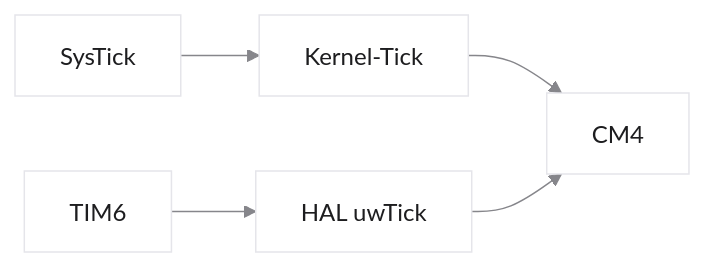
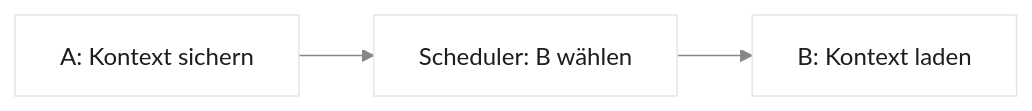
The fifth of 8 diagrams in vorlesungen/03_einfuehrung-rtos.qmd (dantschi/echtzeitsysteme), drawn with Mermaid before and after one commit. The commit also changed other lines of this file and 4 other files, not shown here.

````diff
--- a/vorlesungen/03_einfuehrung-rtos.qmd
+++ b/vorlesungen/03_einfuehrung-rtos.qmd
@@ -925,9 +515,6 @@
 ```{mermaid}
-%%| fig-width: 5.5
-%%{init: {'theme': 'base', 'themeVariables': {'background': '#FFFFFF', 'primaryColor': '#FFFFFF', 'primaryBorderColor': '#E5E5EA', 'primaryTextColor': '#1D1D1F', 'lineColor': '#86868B'}}}%%
+%%{init: {'theme': 'base', 'themeVariables': {'primaryColor': '#FFFFFF', 'primaryBorderColor': '#E5E5EA', 'primaryTextColor': '#1D1D1F', 'lineColor': '#86868B', 'secondaryColor': '#F5F5F7', 'tertiaryColor': '#FFFFFF'}}}%%
 flowchart LR
-  ST[SysTick] --> K[Kernel-Tick]
-  T6[TIM6] --> H[HAL uwTick]
-  K --> M4[CM4]
-  H --> M4
+  S["A: Kontext sichern"] --> W["Scheduler: B wählen"]
+  W --> L["B: Kontext laden"]
 ```
````
